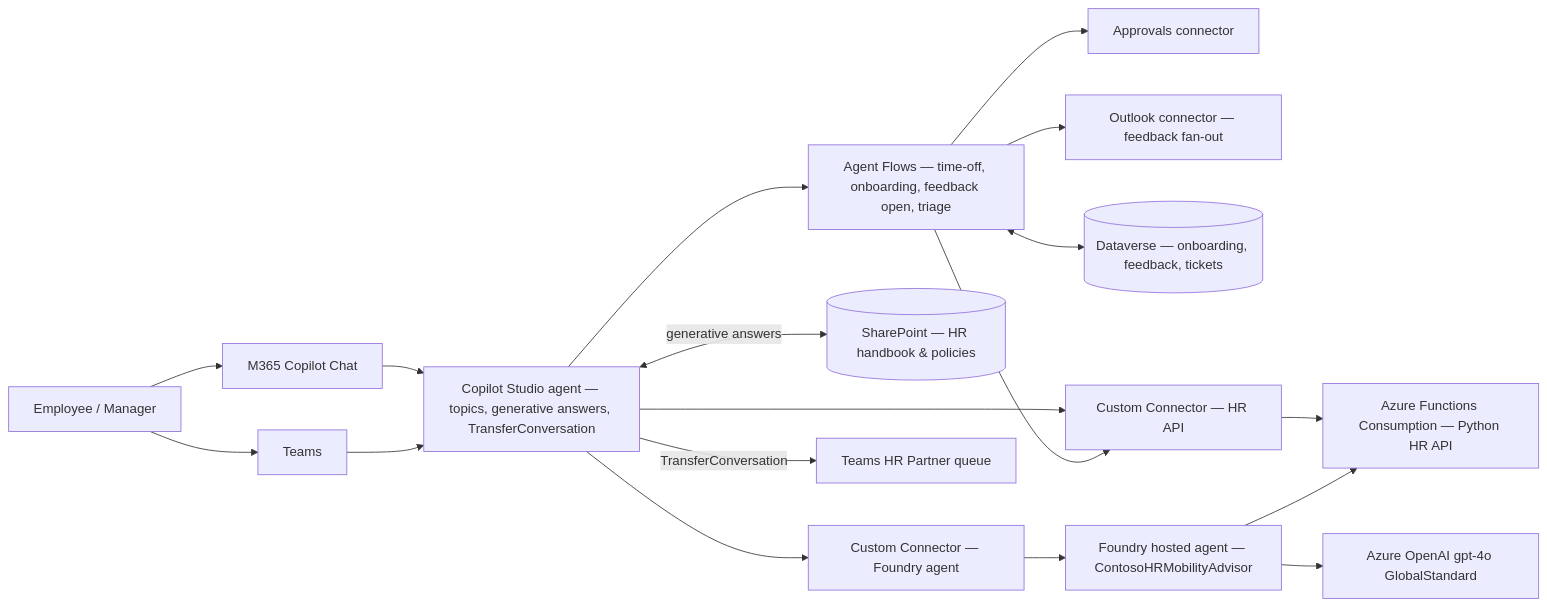
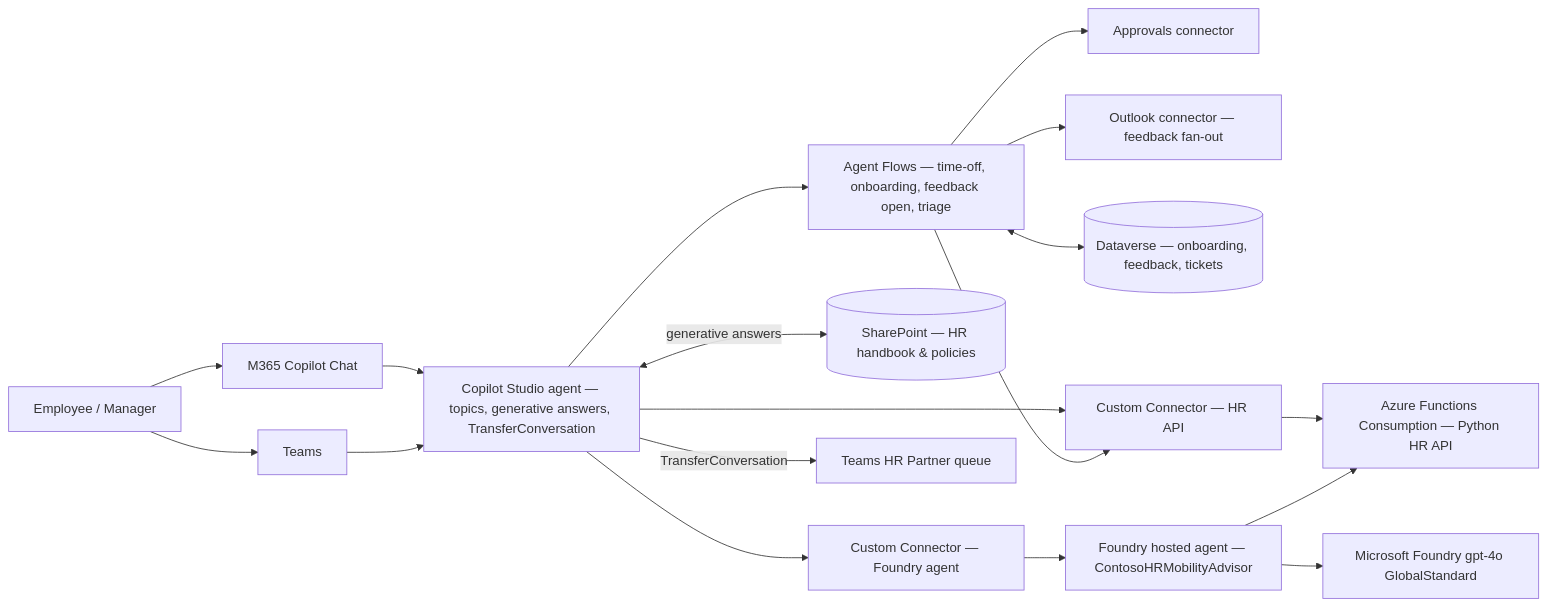
Before and after one commit to jonathandhaene/hr-agents-comparison: the diagram in docs/architecture/mixed.md, drawn with Mermaid. The commit also changed 26 other files, not shown here.

First line of the commit message:
feat: replace Azure OpenAI references with Microsoft Foundry across all IaC, Python, and docs

````diff
--- a/docs/architecture/mixed.md
+++ b/docs/architecture/mixed.md
@@ -7,36 +7,36 @@
 ```mermaid
 flowchart LR
   user["Employee / Manager"]
   copilot["M365 Copilot Chat"]
   teams["Teams"]
   cs["Copilot Studio agent — topics, generative answers, TransferConversation"]
   flows["Agent Flows — time-off, onboarding, feedback open, triage"]
   approvals["Approvals connector"]
   outlook["Outlook connector — feedback fan-out"]
   dataverse[("Dataverse — onboarding, feedback, tickets")]
   sp[("SharePoint — HR handbook & policies")]
   hrconn["Custom Connector — HR API"]
   fdyconn["Custom Connector — Foundry agent"]
   fn["Azure Functions Consumption — Python HR API"]
   fdy["Foundry hosted agent — ContosoHRMobilityAdvisor"]
-  aoai["Azure OpenAI gpt-4o GlobalStandard"]
+  fdy_model["Microsoft Foundry gpt-4o GlobalStandard"]
   hrqueue["Teams HR Partner queue"]
 
   user --> copilot
   user --> teams
   copilot --> cs
   teams --> cs
   cs <-->|generative answers| sp
   cs --> flows
   cs --> hrconn
   cs --> fdyconn
   cs -->|TransferConversation| hrqueue
   flows --> approvals
   flows --> outlook
   flows <--> dataverse
   flows --> hrconn
   hrconn --> fn
   fdyconn --> fdy
-  fdy --> aoai
+  fdy --> fdy_model
   fdy --> fn
 ```
````
